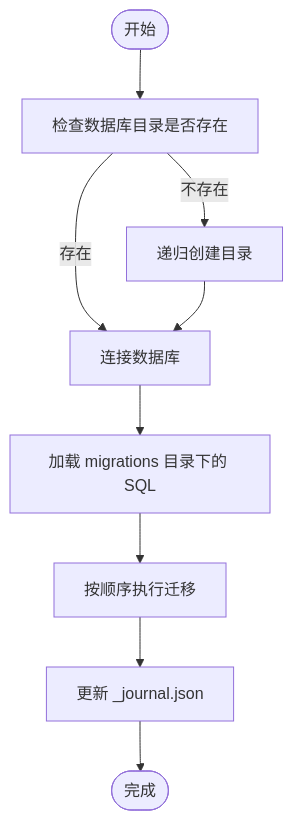
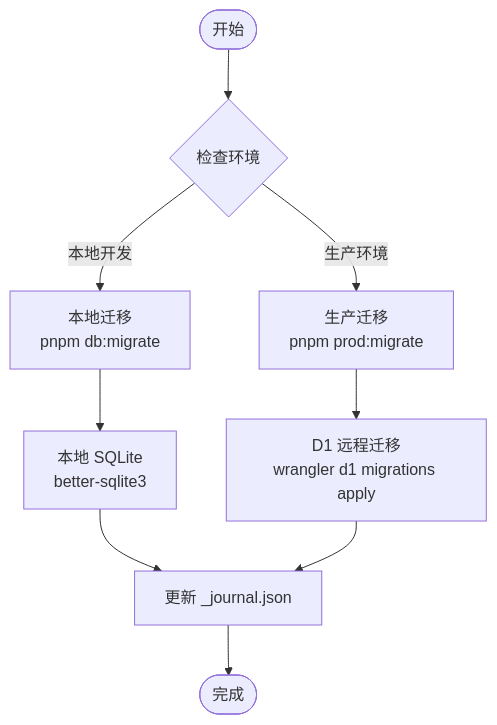
The third of 5 diagrams in .qoder/repowiki/zh/content/部署指南/数据库配置.md (pnnh/weable), drawn with Mermaid before and after one commit. The commit also changed other lines of this file and 138 other files, not shown here.

Commit message:
未登录时访问console跳转至signin页面 修复点击图片目录未正确跳转问题 实现图片批量删除功能 将上传页面改成造成轻量级队列，实现分部上传和重试功能（绕过worker限制）

````diff
--- a/.qoder/repowiki/zh/content/部署指南/数据库配置.md
+++ b/.qoder/repowiki/zh/content/部署指南/数据库配置.md
@@ -157,11 +173,11 @@
 ```mermaid
 flowchart TD
-Start(["开始"]) --> CheckDir["检查数据库目录是否存在"]
-CheckDir --> |不存在| CreateDir["递归创建目录"]
-CheckDir --> |存在| ConnectDB["连接数据库"]
-CreateDir --> ConnectDB
-ConnectDB --> LoadMigrations["加载 migrations 目录下的 SQL"]
-LoadMigrations --> ApplyMigrations["按顺序执行迁移"]
-ApplyMigrations --> UpdateJournal["更新 _journal.json"]
+Start(["开始"]) --> CheckEnv{"检查环境"}
+CheckEnv --> |本地开发| LocalMigrate["本地迁移<br/>pnpm db:migrate"]
+CheckEnv --> |生产环境| ProdMigrate["生产迁移<br/>pnpm prod:migrate"]
+LocalMigrate --> LocalDB["本地 SQLite<br/>better-sqlite3"]
+ProdMigrate --> D1Migration["D1 远程迁移<br/>wrangler d1 migrations apply"]
+LocalDB --> UpdateJournal["更新 _journal.json"]
+D1Migration --> UpdateJournal
 UpdateJournal --> Done(["完成"])
 ```
````
